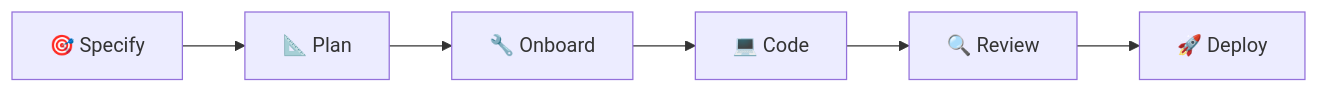
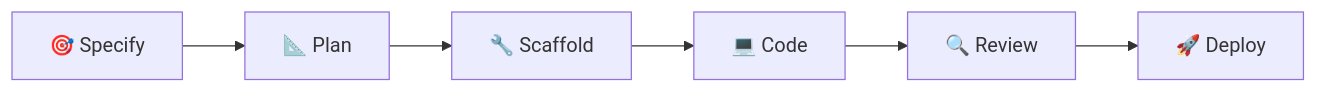
Before and after one commit to forwardimpact/monorepo: the first of 2 diagrams in website/docs/model/lifecycle.md, drawn with Mermaid. The commit also changed other lines of this file and 15 other files, not shown here.

First line of the commit message:
refactor: rename onboard stage to scaffold, make stage IDs data-driven

````diff
--- a/website/docs/model/lifecycle.md
+++ b/website/docs/model/lifecycle.md
@@ -18,8 +18,8 @@
 ```mermaid
 flowchart LR
     specify["🎯 Specify"] --> plan["📐 Plan"]
-    plan --> onboard["🔧 Onboard"]
-    onboard --> code["💻 Code"]
+    plan --> scaffold["🔧 Scaffold"]
+    scaffold --> code["💻 Code"]
     code --> review["🔍 Review"]
     review --> deploy["🚀 Deploy"]
 ```
````
